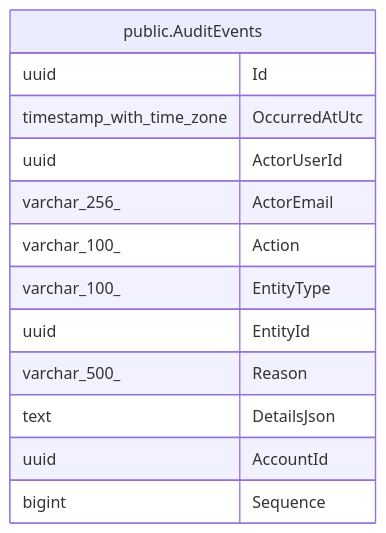
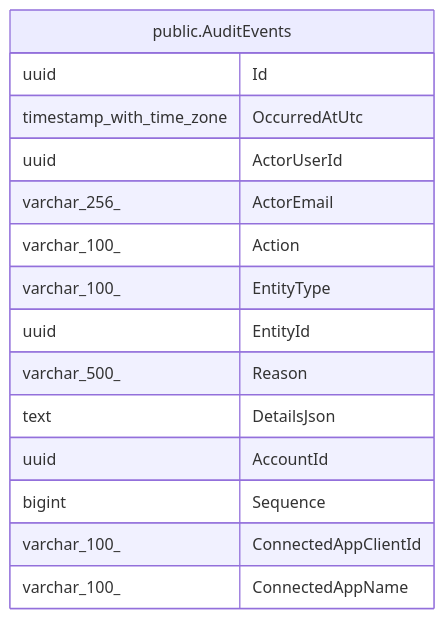
One commit to mforce/cluckwork changed the diagram in docs/schema/public.AuditEvents.md. Above: the diagram before and after it, drawn with Mermaid. The commit also changed other lines of this file and 22 other files, not shown here.

First line of the commit message:
feat(api): record which connected app acted in the audit log

````diff
--- a/docs/schema/public.AuditEvents.md
+++ b/docs/schema/public.AuditEvents.md
@@ -50,18 +53,20 @@
 ```mermaid
 erDiagram
 
 
 "public.AuditEvents" {
   uuid Id
   timestamp_with_time_zone OccurredAtUtc
   uuid ActorUserId
   varchar_256_ ActorEmail
   varchar_100_ Action
   varchar_100_ EntityType
   uuid EntityId
   varchar_500_ Reason
   text DetailsJson
   uuid AccountId
   bigint Sequence
+  varchar_100_ ConnectedAppClientId
+  varchar_100_ ConnectedAppName
 }
 ```
````
